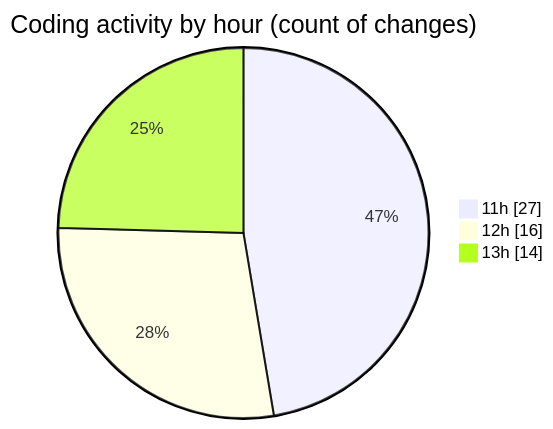
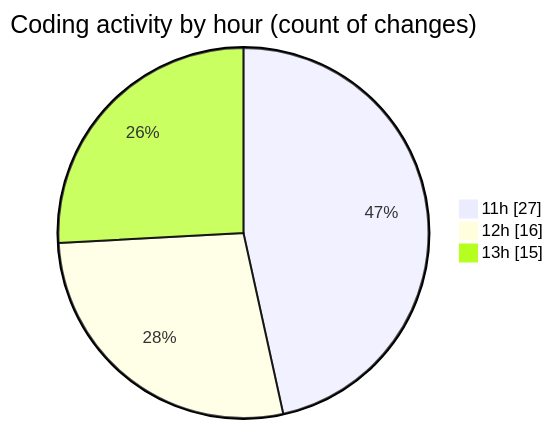
One commit to MatusMokan/code-tracking changed the second of 2 diagrams in 2025-04-18/myws__workspace_/README.md. Above: the diagram before and after it, drawn with Mermaid. The commit also changed other lines of this file and 1 other file, not shown here.

````diff
--- a/2025-04-18/myws__workspace_/README.md
+++ b/2025-04-18/myws__workspace_/README.md
@@ -29,7 +29,7 @@
 ```mermaid
 pie showData
 title Coding activity by hour (count of changes)
 "11h" : 27
 "12h" : 16
-"13h" : 14
+"13h" : 15
 ```
````
